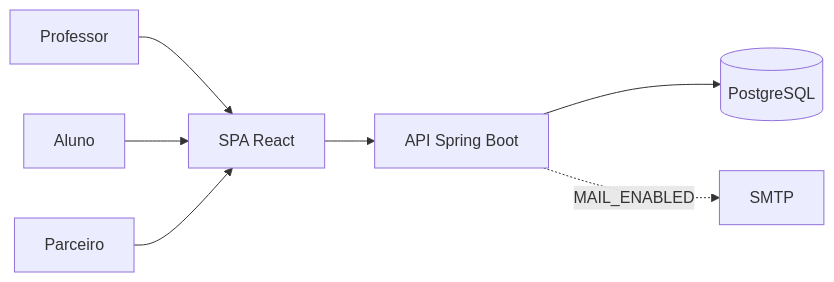
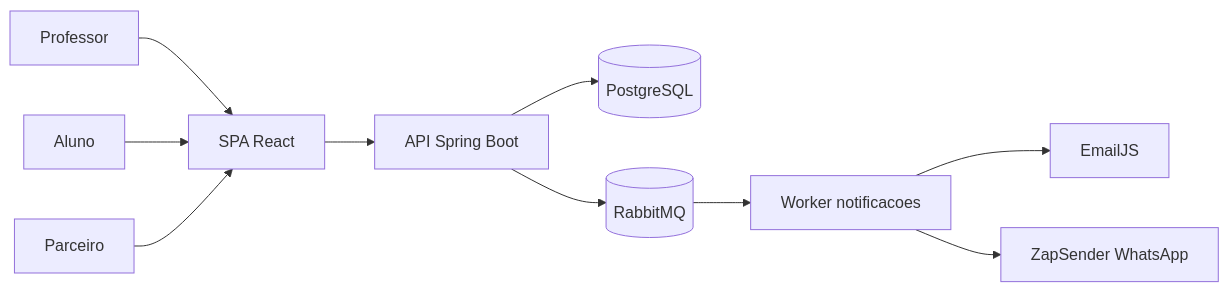
The first of 3 diagrams in README.md (LaraCarvalho00/sistema-moeda-estudantil), drawn with Mermaid before and after one commit. The commit also changed other lines of this file and 32 other files, not shown here.

````diff
--- a/README.md
+++ b/README.md
@@ -82,9 +87,12 @@
 ```mermaid
 flowchart LR
   P[Professor] --> SPA[SPA React]
   A[Aluno] --> SPA
   C[Parceiro] --> SPA
   SPA --> API[API Spring Boot]
   API --> DB[(PostgreSQL)]
-  API -.->|MAIL_ENABLED| SMTP[SMTP]
+  API --> MQ[(RabbitMQ)]
+  MQ --> W[Worker notificacoes]
+  W --> E[EmailJS]
+  W --> Z[ZapSender WhatsApp]
 ```
````
